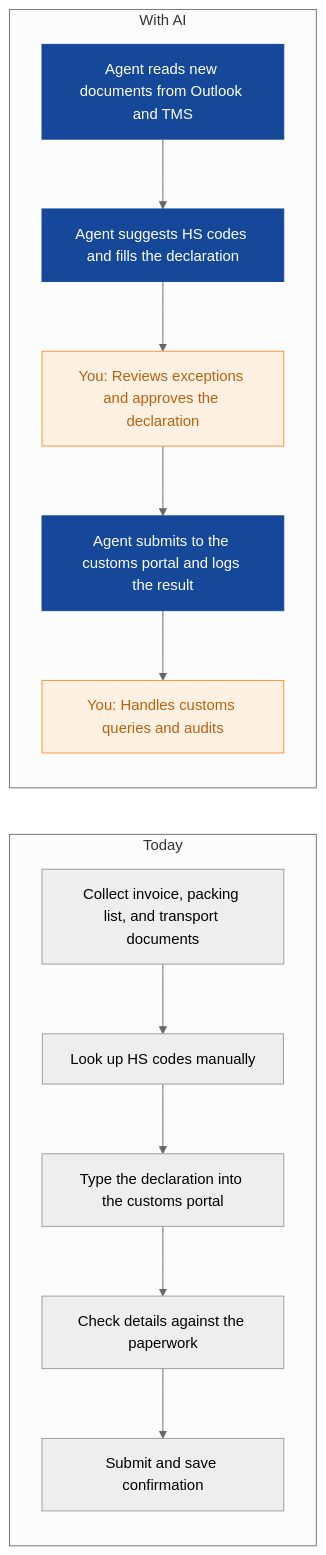
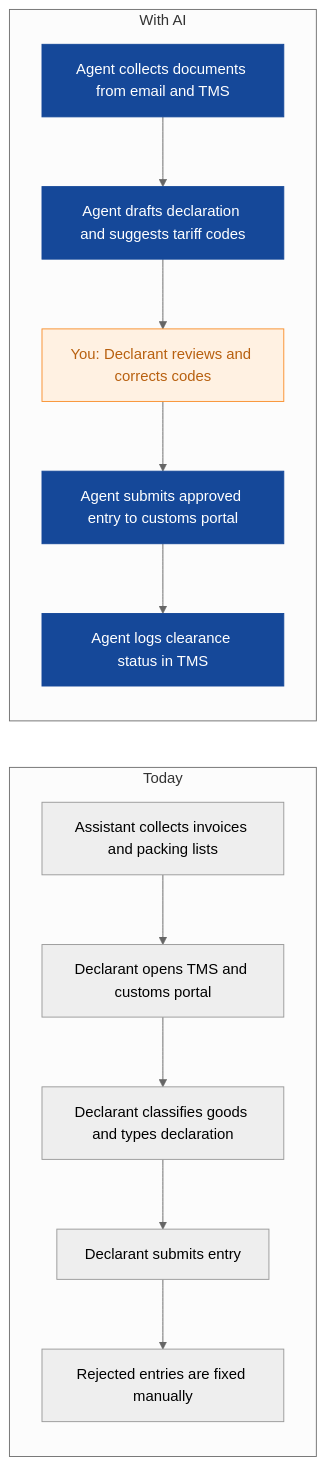
Before and after one commit to nexibeo/Complete-AI-Strategy: the second of 9 diagrams in strategies/harborline-freight.md, drawn with Mermaid (neutral theme). The commit also changed other lines of this file and 26 other files, not shown here.

````diff
--- a/strategies/harborline-freight.md
+++ b/strategies/harborline-freight.md
@@ -48,23 +82,23 @@
 ```mermaid
 flowchart LR
   subgraph Today
-    B0["Collect invoice, packing list, and transport documents"]
-    B1["Look up HS codes manually"]
-    B2["Type the declaration into the customs portal"]
-    B3["Check details against the paperwork"]
-    B4["Submit and save confirmation"]
+    B0["Assistant collects invoices and packing lists"]
+    B1["Declarant opens TMS and customs portal"]
+    B2["Declarant classifies goods and types declaration"]
+    B3["Declarant submits entry"]
+    B4["Rejected entries are fixed manually"]
     B0 --> B1 --> B2 --> B3 --> B4
   end
   subgraph WithAI[With AI]
-    A0["Agent reads new documents from Outlook and TMS"]
-    A1["Agent suggests HS codes and fills the declaration"]
-    A2["You: Reviews exceptions and approves the declaration"]
-    A3["Agent submits to the customs portal and logs the result"]
-    A4["You: Handles customs queries and audits"]
+    A0["Agent collects documents from email and TMS"]
+    A1["Agent drafts declaration and suggests tariff codes"]
+    A2["You: Declarant reviews and corrects codes"]
+    A3["Agent submits approved entry to customs portal"]
+    A4["Agent logs clearance status in TMS"]
     A0 --> A1 --> A2 --> A3 --> A4
   end
   classDef ai fill:#154899,color:#fff,stroke:#154899
   classDef human fill:#FFF1E2,color:#B8600F,stroke:#F98F2C
-  class A0,A1,A3 ai
-  class A2,A4 human
+  class A0,A1,A3,A4 ai
+  class A2 human
 ```
````
